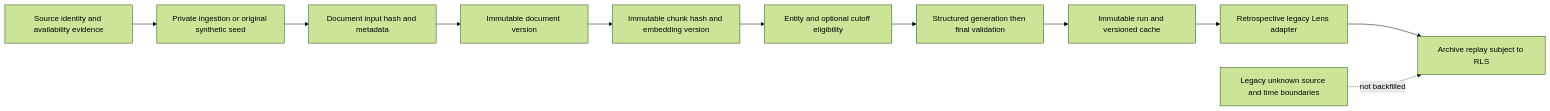
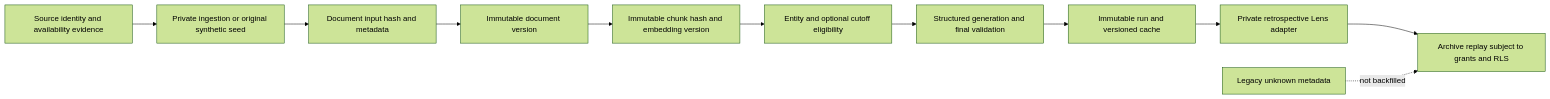
The diagram in docs/data-provenance.md (jeffreymutethia/world-cup-lens), drawn with Mermaid (forest theme) before and after one commit. The commit also changed other lines of this file and 16 other files, not shown here.

````diff
--- a/docs/data-provenance.md
+++ b/docs/data-provenance.md
@@ -51,13 +49,13 @@
 ```mermaid
 flowchart LR
   Source[Source identity and availability evidence] --> Ingest[Private ingestion or original synthetic seed]
   Ingest --> Document[Document input hash and metadata]
   Document --> Version[Immutable document version]
   Version --> Chunk[Immutable chunk hash and embedding version]
   Chunk --> Retrieval[Entity and optional cutoff eligibility]
-  Retrieval --> Generate[Structured generation then final validation]
-  Generate --> Cached[Immutable run and versioned cache]
-  Cached --> Adapter[Retrospective legacy Lens adapter]
-  Adapter --> UI[Archive replay subject to RLS]
-  Missing[Legacy unknown source and time boundaries] -. not backfilled .-> UI
+  Retrieval --> Generate[Structured generation and final validation]
+  Generate --> Cache[Immutable run and versioned cache]
+  Cache --> Adapter[Private retrospective Lens adapter]
+  Adapter --> UI[Archive replay subject to grants and RLS]
+  Legacy[Legacy unknown metadata] -. not backfilled .-> UI
 ```
````
